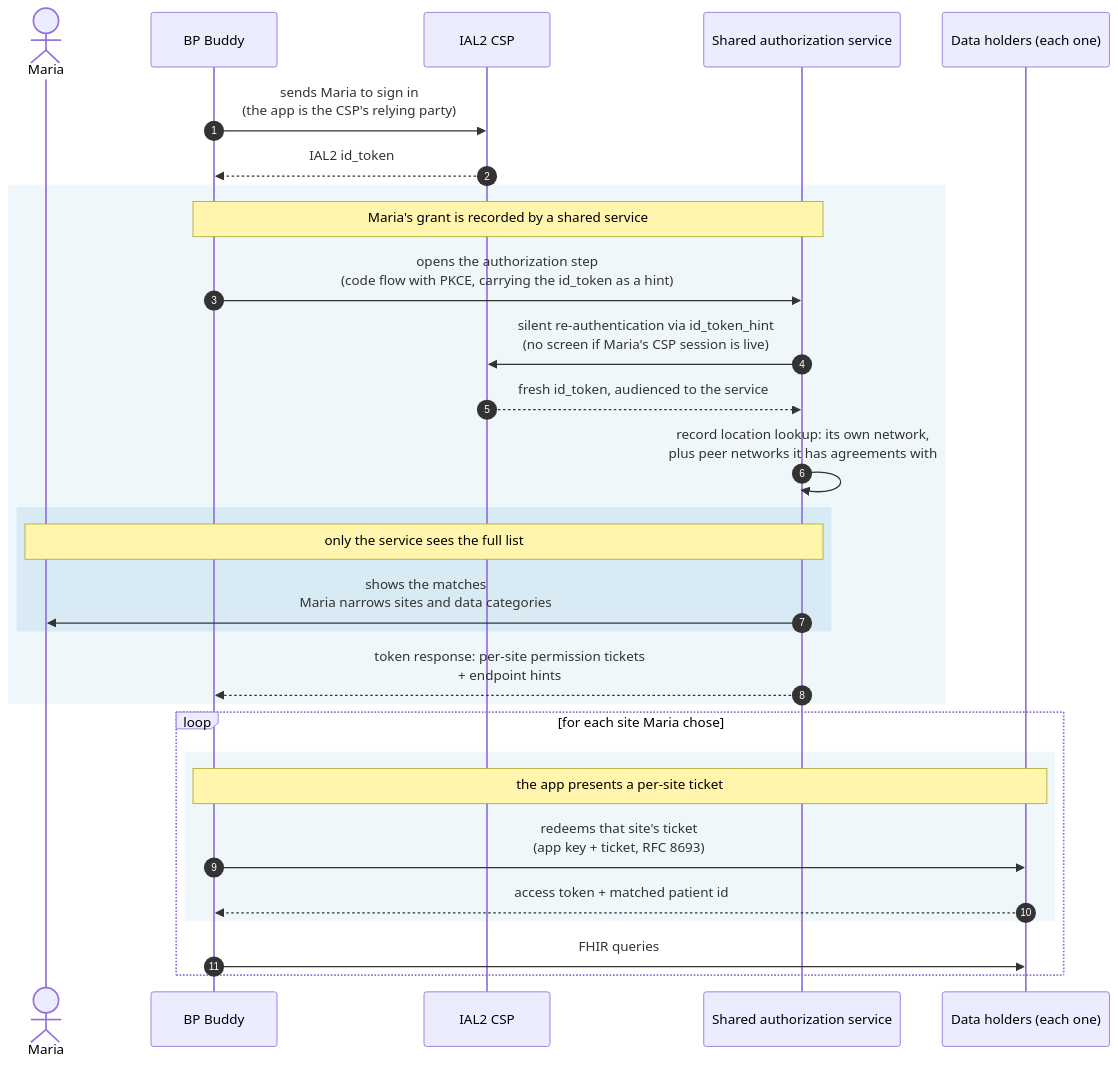
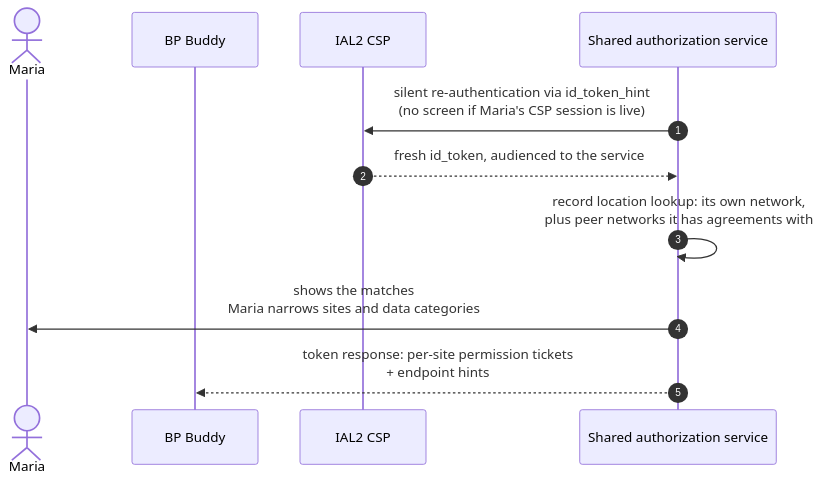
Before and after one commit to jmandel/cms-ns: the fifth of 10 diagrams in authorizing-access.md, drawn with Mermaid. The commit also changed other lines of this file and 1 other file, not shown here.

First line of the commit message:
Ticket flow split into three subsections; path-tinted section bands

````diff
--- a/authorizing-access.md
+++ b/authorizing-access.md
@@ -124,32 +145,14 @@
 ```mermaid
 sequenceDiagram
     autonumber
     actor Maria
     participant App as BP Buddy
     participant CSP as IAL2 CSP
     participant SAS as Shared authorization service
-    participant DH as Data holders (each one)
 
-    App->>CSP: sends Maria to sign in<br/>(the app is the CSP's relying party)
-    CSP-->>App: IAL2 id_token
-    rect rgba(0, 114, 178, 0.06)
-        Note over App,SAS: Maria's grant is recorded by a shared service
-        App->>SAS: opens the authorization step<br/>(code flow with PKCE, carrying the id_token as a hint)
-        SAS->>CSP: silent re-authentication via id_token_hint<br/>(no screen if Maria's CSP session is live)
-        CSP-->>SAS: fresh id_token, audienced to the service
-        SAS->>SAS: record location lookup: its own network,<br/>plus peer networks it has agreements with
-        rect rgba(0, 114, 178, 0.10)
-            Note over Maria,SAS: only the service sees the full list
-            SAS->>Maria: shows the matches<br/>Maria narrows sites and data categories
-        end
-        SAS-->>App: token response: per-site permission tickets<br/>+ endpoint hints
-    end
-    loop for each site Maria chose
-        rect rgba(0, 114, 178, 0.06)
-            Note over App,DH: the app presents a per-site ticket
-            App->>DH: redeems that site's ticket<br/>(app key + ticket, RFC 8693)
-            DH-->>App: access token + matched patient id
-        end
-        App->>DH: FHIR queries
-    end
+    SAS->>CSP: silent re-authentication via id_token_hint<br/>(no screen if Maria's CSP session is live)
+    CSP-->>SAS: fresh id_token, audienced to the service
+    SAS->>SAS: record location lookup: its own network,<br/>plus peer networks it has agreements with
+    SAS->>Maria: shows the matches<br/>Maria narrows sites and data categories
+    SAS-->>App: token response: per-site permission tickets<br/>+ endpoint hints
 ```
````
